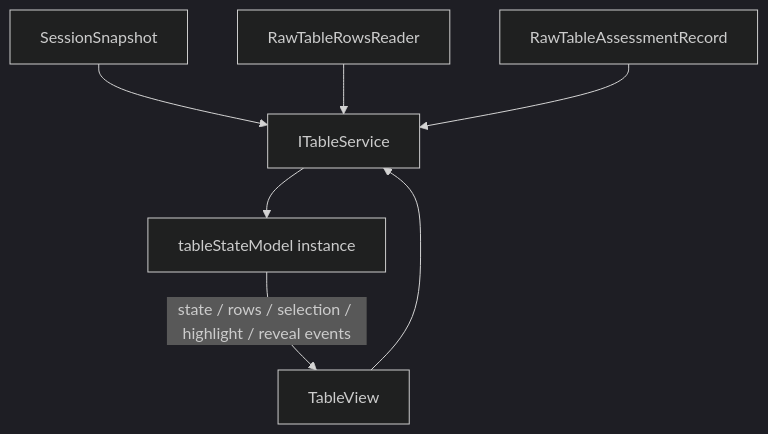
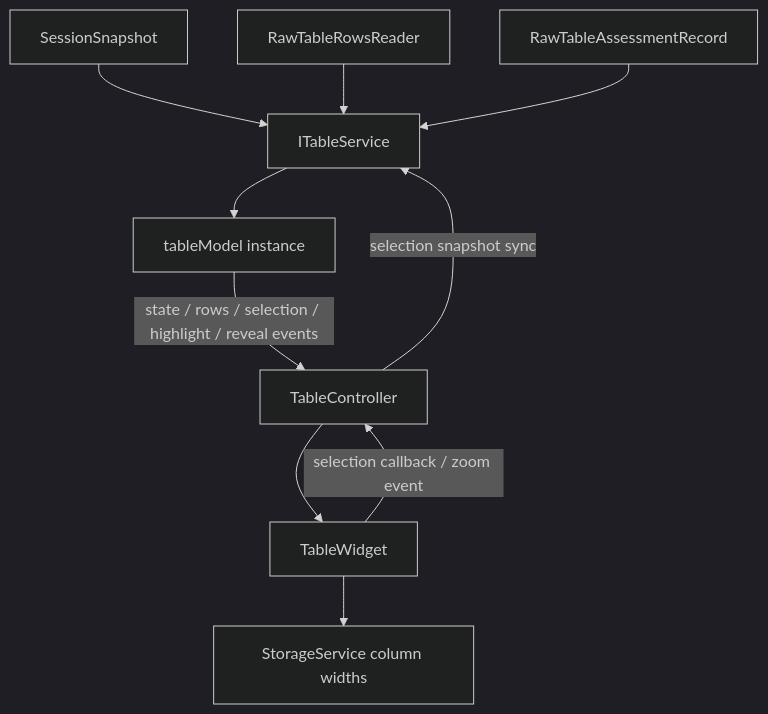
One commit to chogng/conductor changed the diagram in .github/instructions/table.instructions.md. Above: the diagram before and after it, drawn with Mermaid (dark theme). The commit also changed other lines of this file and 30 other files, not shown here.

First line of the commit message:
refactor: move table ui state into the widget

````diff
--- a/.github/instructions/table.instructions.md
+++ b/.github/instructions/table.instructions.md
@@ -62,9 +57,12 @@
 ```mermaid
 flowchart TD
     Session[SessionSnapshot] --> TableService[ITableService]
     Rows[RawTableRowsReader] --> TableService
     Assessment[RawTableAssessmentRecord] --> TableService
-    TableService --> StateModel[tableStateModel instance]
-    StateModel -->|state / rows / selection / highlight / reveal events| TableView[TableView]
-    TableView --> TableService
+    TableService --> TableModel[tableModel instance]
+    TableModel -->|state / rows / selection / highlight / reveal events| TableController[TableController]
+    TableController --> TableWidget[TableWidget]
+    TableWidget -->|selection callback / zoom event| TableController
+    TableWidget --> Storage[StorageService column widths]
+    TableController -->|selection snapshot sync| TableService
 ```
````
